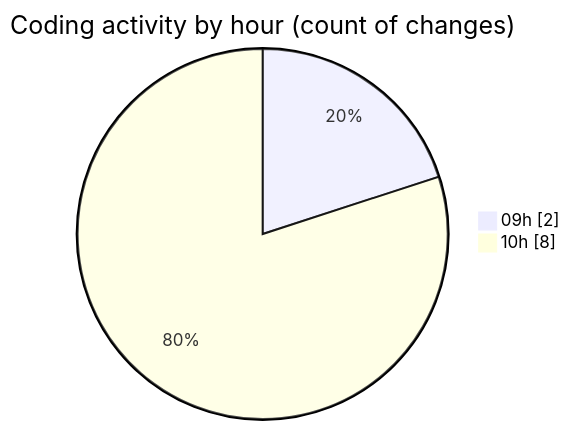
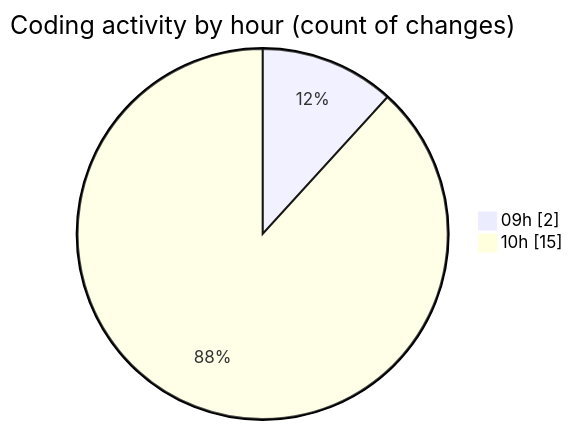
One commit to momahboobian/code-tracking changed the second of 2 diagrams in 2026-11-06/cda/README.md. Above: the diagram before and after it, drawn with Mermaid. The commit also changed other lines of this file and 1 other file, not shown here.

````diff
--- a/2026-11-06/cda/README.md
+++ b/2026-11-06/cda/README.md
@@ -29,6 +37,6 @@
 ```mermaid
 pie showData
 title Coding activity by hour (count of changes)
 "09h" : 2
-"10h" : 8
+"10h" : 15
 ```
````
